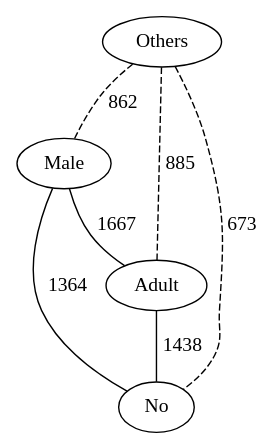
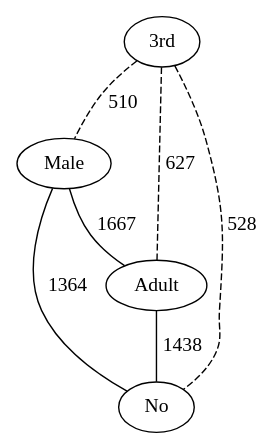
The diagram in src/extension/plainGraph_with_threshold.dot (lrodrin/TFG), drawn with Graphviz before and after one commit. The commit also changed 2 other files, not shown here.

```diff
--- a/src/extension/plainGraph_with_threshold.dot
+++ b/src/extension/plainGraph_with_threshold.dot
@@ -1,12 +1,12 @@
 strict graph "()" {
-Others;
+"3rd";
 Male;
 Adult;
 No;
-Others -- Male  [color=black, label=862, style=dashed];
-Others -- Adult  [color=black, label=885, style=dashed];
-Others -- No  [color=black, label=673, style=dashed];
+"3rd" -- Male  [color=black, label=510, style=dashed];
+"3rd" -- Adult  [color=black, label=627, style=dashed];
+"3rd" -- No  [color=black, label=528, style=dashed];
 Male -- Adult  [color=black, label=1667, style=solid];
 Male -- No  [color=black, label=1364, style=solid];
 Adult -- No  [color=black, label=1438, style=solid];
 }
```
